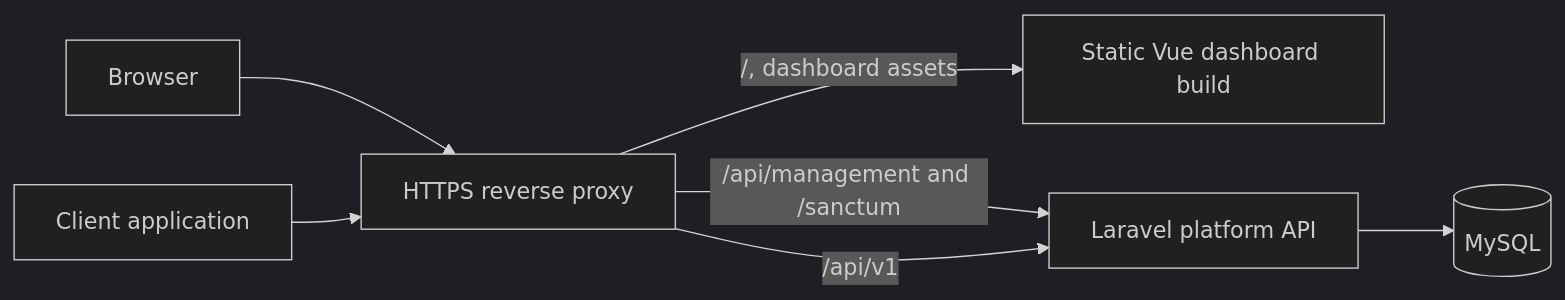
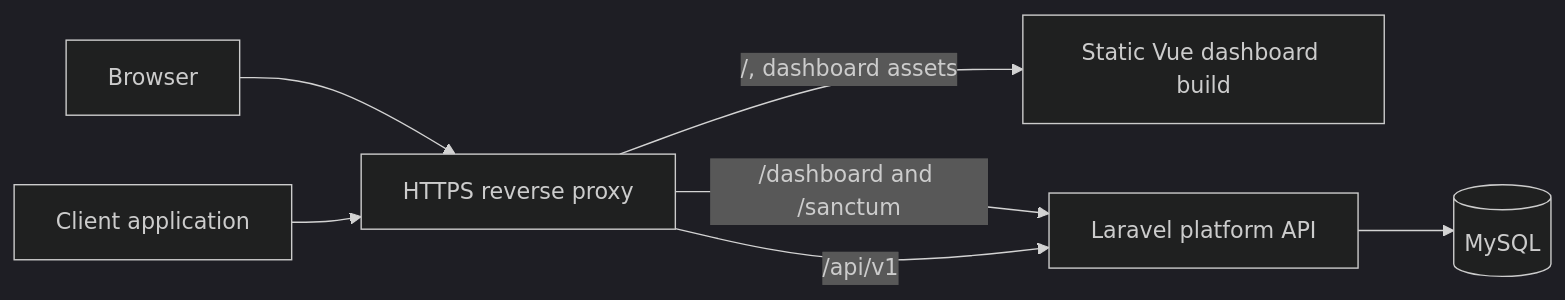
The diagram in docs/15-monorepo-application-structure.md (sheiracmanawit/toggleflow), drawn with Mermaid (dark theme) before and after one commit. The commit also changed other lines of this file and 40 other files, not shown here.

````diff
--- a/docs/15-monorepo-application-structure.md
+++ b/docs/15-monorepo-application-structure.md
@@ -89,9 +89,9 @@
 ```mermaid
 flowchart LR
     browser["Browser"] --> proxy["HTTPS reverse proxy"]
     client["Client application"] --> proxy
     proxy -->|"/, dashboard assets"| dashboard["Static Vue dashboard build"]
-    proxy -->|"/api/management and /sanctum"| platform["Laravel platform API"]
+    proxy -->|"/dashboard and /sanctum"| platform["Laravel platform API"]
     proxy -->|"/api/v1"| platform
     platform --> mysql[("MySQL")]
 ```
````
